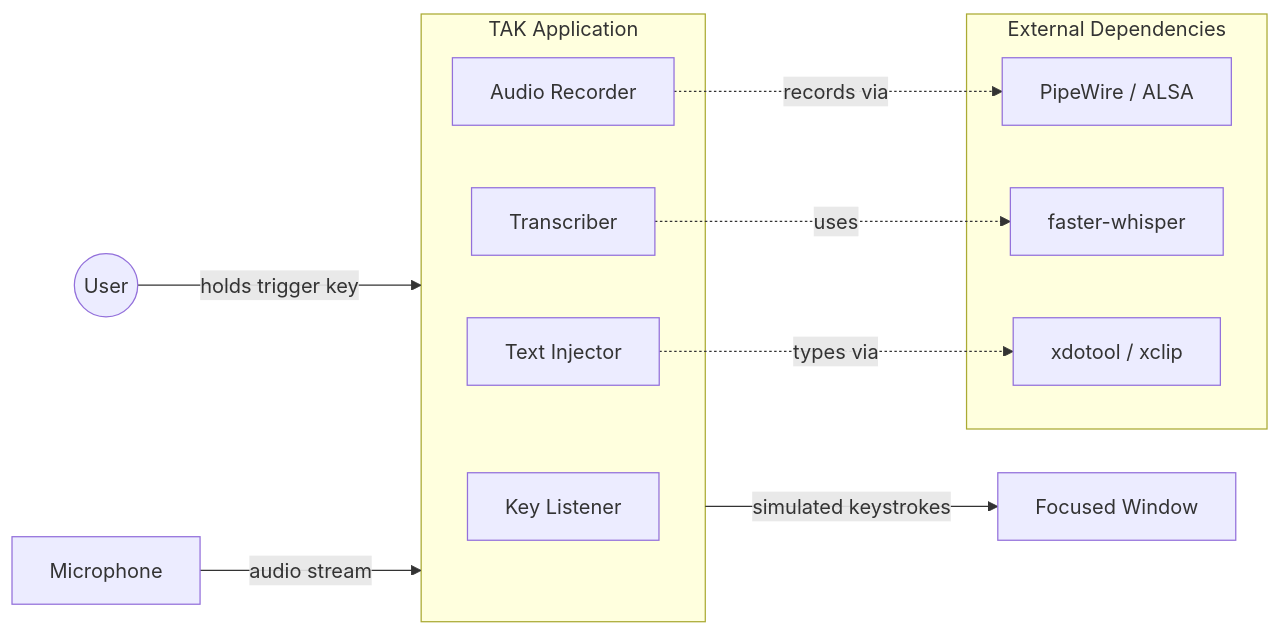
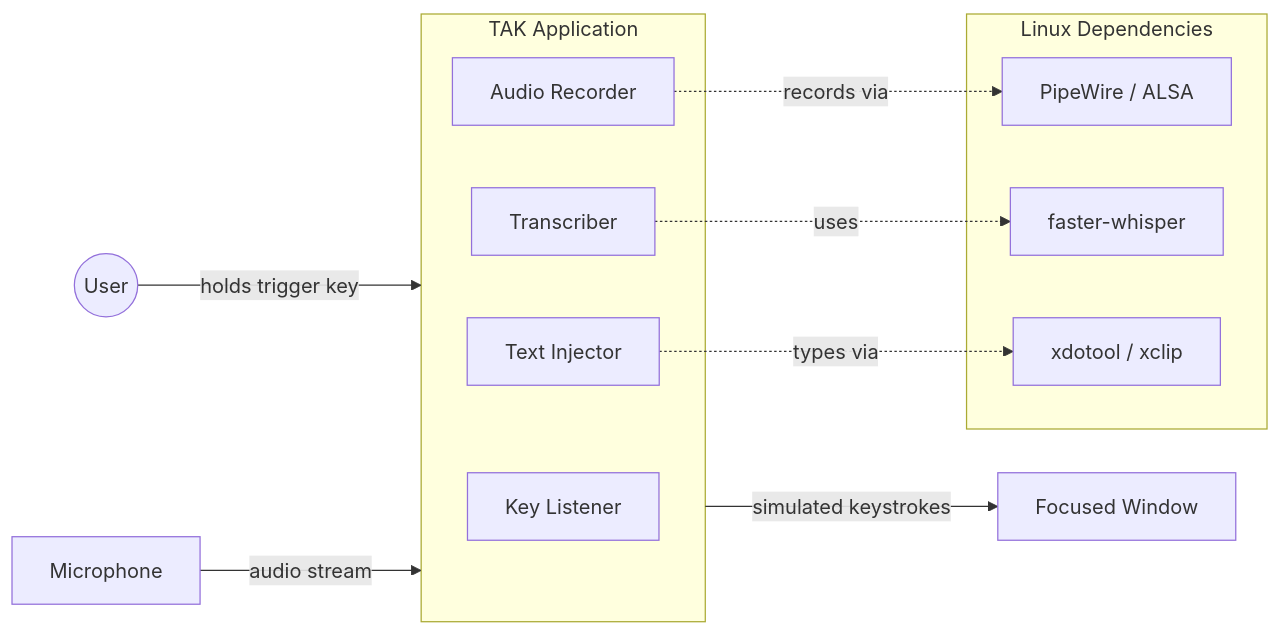
Before and after one commit to lchonkan/tak: the first of 9 diagrams in docs/architecture.md, drawn with Mermaid. The commit also changed other lines of this file and 8 other files, not shown here.

First line of the commit message:
refactor: split monolithic tak.py into modular cross-platform architecture

````diff
--- a/docs/architecture.md
+++ b/docs/architecture.md
@@ -30,24 +31,24 @@
 ```mermaid
 graph LR
     User((User)) -->|holds trigger key| TAK
     Mic[Microphone] -->|audio stream| TAK
 
     subgraph TAK["TAK Application"]
         KL[Key Listener]
         AR[Audio Recorder]
         TR[Transcriber]
         TI[Text Injector]
     end
 
     TAK -->|simulated keystrokes| FW[Focused Window]
 
-    subgraph External Dependencies
+    subgraph "Linux Dependencies"
         PW[PipeWire / ALSA]
         FW_MODEL[faster-whisper]
         XDO[xdotool / xclip]
     end
 
     AR -.->|records via| PW
     TR -.->|uses| FW_MODEL
     TI -.->|types via| XDO
 ```
````
